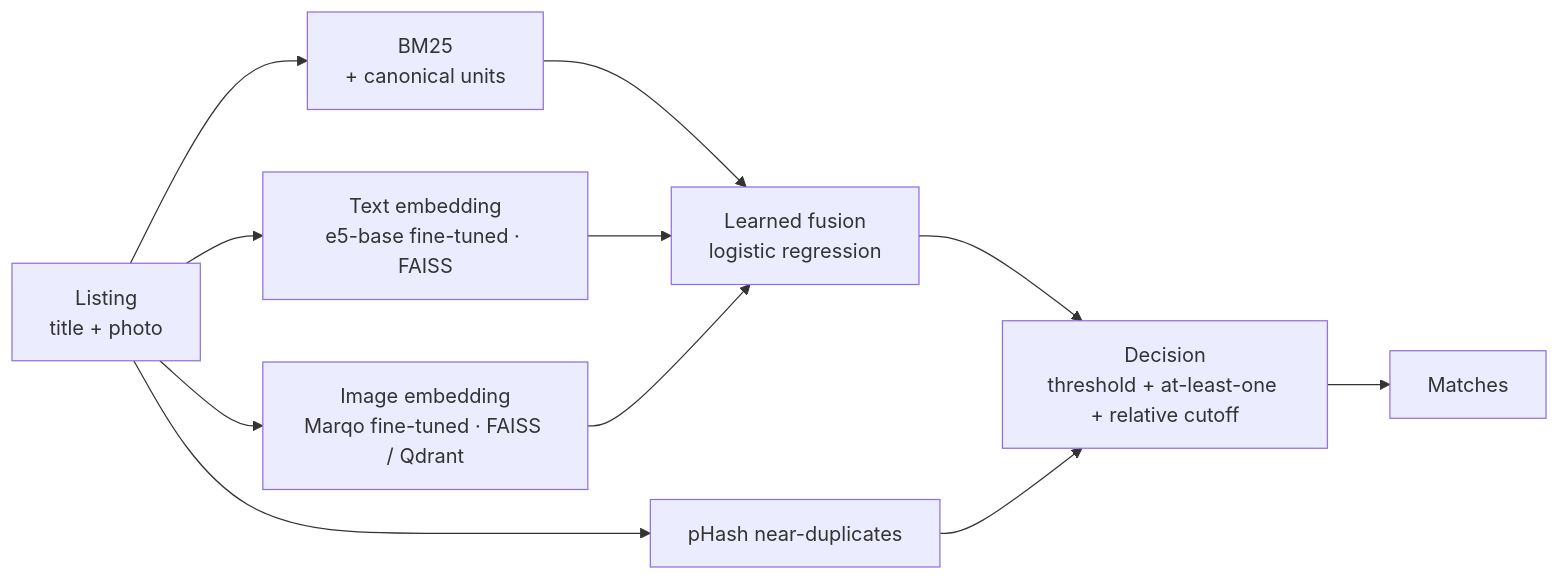
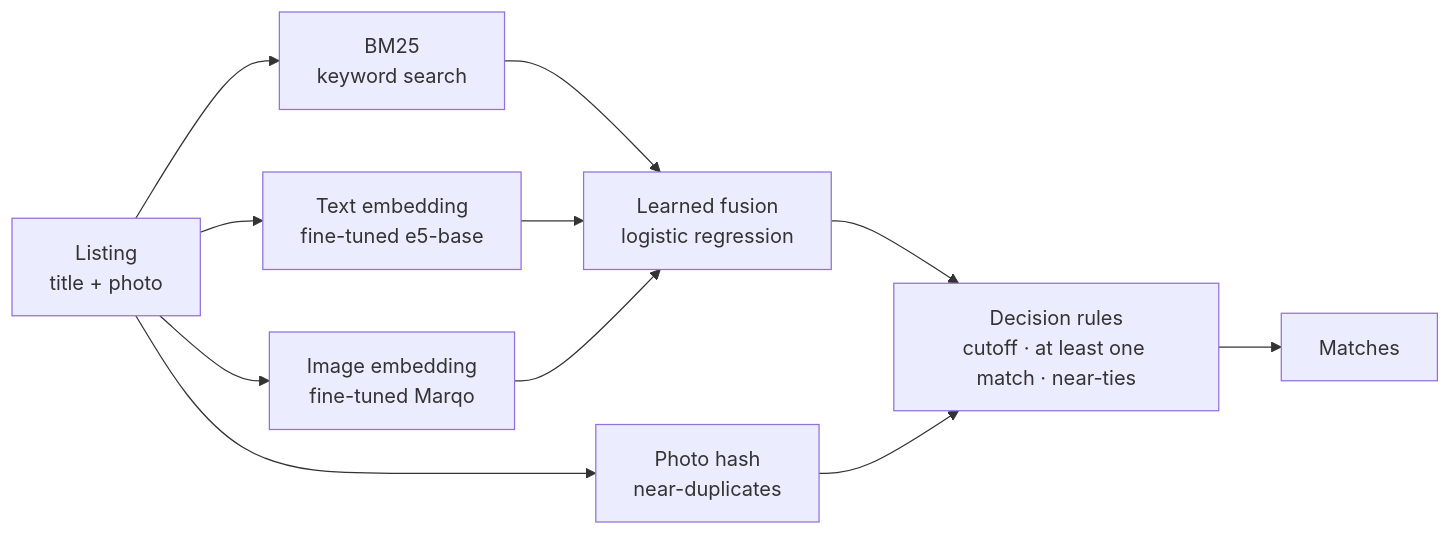
Before and after one commit to stkef/matchlens: the diagram in README.md, drawn with Mermaid. The commit also changed other lines of this file, not shown here.

````diff
--- a/README.md
+++ b/README.md
@@ -52,9 +56,9 @@
 ```mermaid
 flowchart LR
-    Q[Listing<br/>title + photo] --> R1[BM25<br/>+ canonical units]
-    Q --> R3[Text embedding<br/>e5-base fine-tuned · FAISS]
-    Q --> R4[Image embedding<br/>Marqo fine-tuned · FAISS / Qdrant]
-    R1 & R3 & R4 --> F[Learned fusion<br/>logistic regression]
-    Q --> R2[pHash near-duplicates]
-    F & R2 --> D[Decision<br/>threshold + at-least-one + relative cutoff] --> M[Matches]
+    Q[Listing<br/>title + photo] --> B[BM25<br/>keyword search]
+    Q --> T[Text embedding<br/>fine-tuned e5-base]
+    Q --> I[Image embedding<br/>fine-tuned Marqo]
+    B & T & I --> F[Learned fusion<br/>logistic regression]
+    Q --> P[Photo hash<br/>near-duplicates]
+    F & P --> D[Decision rules<br/>cutoff · at least one match · near-ties] --> M[Matches]
 ```
````
